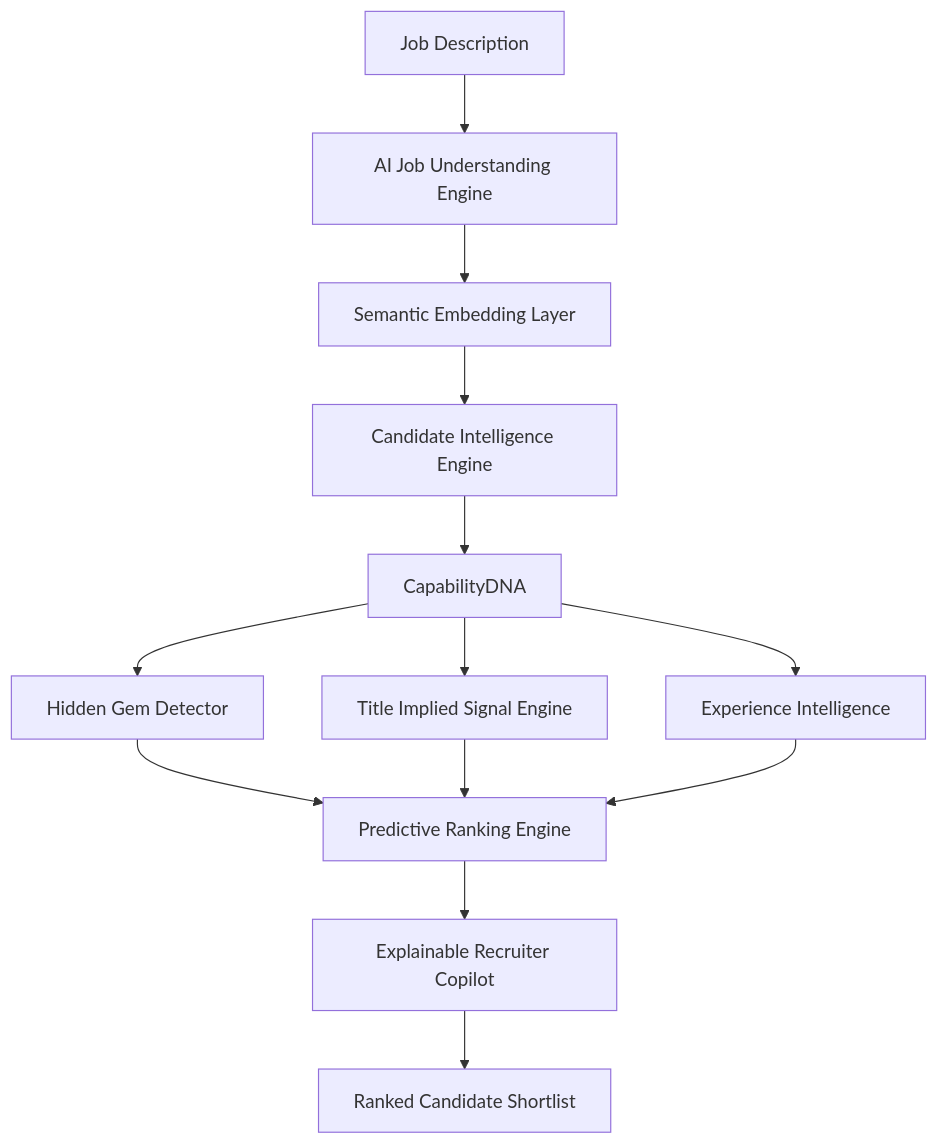
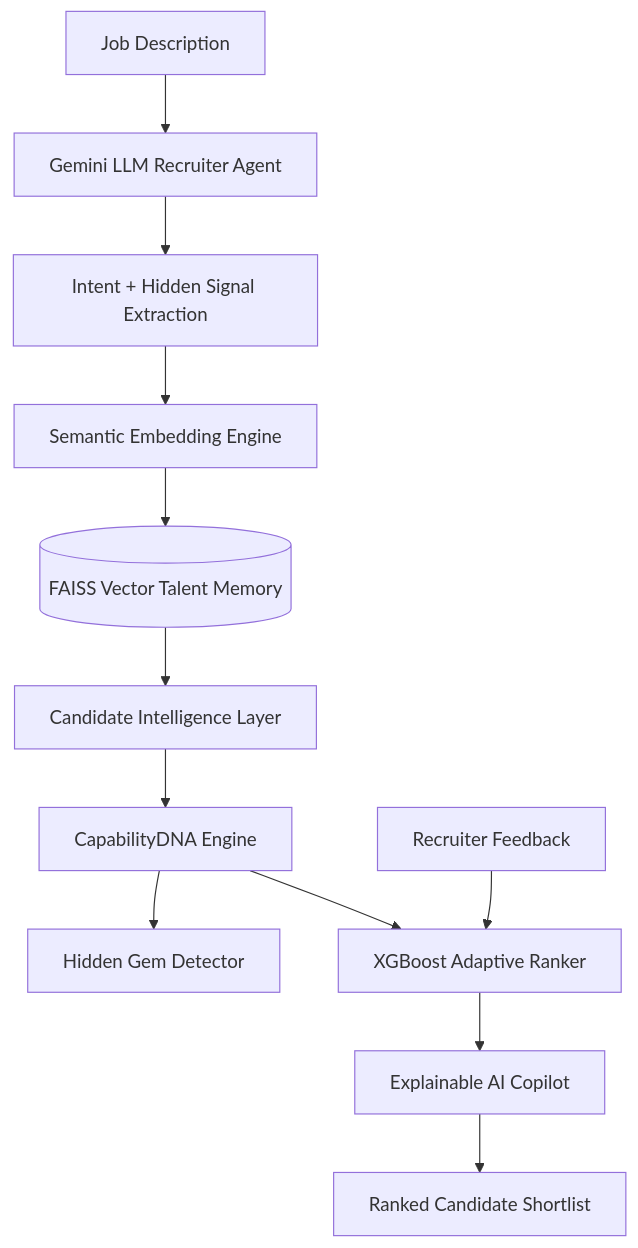
The diagram in README.md (srishti-rautela/ContextRank-AI), drawn with Mermaid before and after one commit. The commit also changed other lines of this file and 10 other files, not shown here.

Commit message:
Upgrade ContextRank AI with LLM FAISS learning engine and AI dashboard

````diff
--- a/README.md
+++ b/README.md
@@ -84,42 +122,43 @@
 ```mermaid
 
 flowchart TD
 
 
-A[Job Description]
+JD[Job Description]
 
-A --> B[AI Job Understanding Engine]
+JD --> LLM[Gemini LLM Recruiter Agent]
 
 
-B --> C[Semantic Embedding Layer]
+LLM --> Intent[Intent + Hidden Signal Extraction]
 
 
-C --> D[Candidate Intelligence Engine]
+Intent --> Embed[Semantic Embedding Engine]
 
 
-D --> E[CapabilityDNA]
+Embed --> FAISS[(FAISS Vector Talent Memory)]
 
 
-E --> F[Hidden Gem Detector]
+FAISS --> Candidate[Candidate Intelligence Layer]
 
 
-E --> G[Title Implied Signal Engine]
+Candidate --> DNA[CapabilityDNA Engine]
 
 
-E --> H[Experience Intelligence]
+DNA --> Gems[Hidden Gem Detector]
 
 
-F --> I[Predictive Ranking Engine]
-
-G --> I
-
-H --> I
+DNA --> Rank[XGBoost Adaptive Ranker]
 
 
-I --> J[Explainable Recruiter Copilot]
+Feedback[Recruiter Feedback]
+
+Feedback --> Rank
 
 
-J --> K[Ranked Candidate Shortlist]
+Rank --> Explain[Explainable AI Copilot]
+
+
+Explain --> Result[Ranked Candidate Shortlist]
 
 
 ```
````
